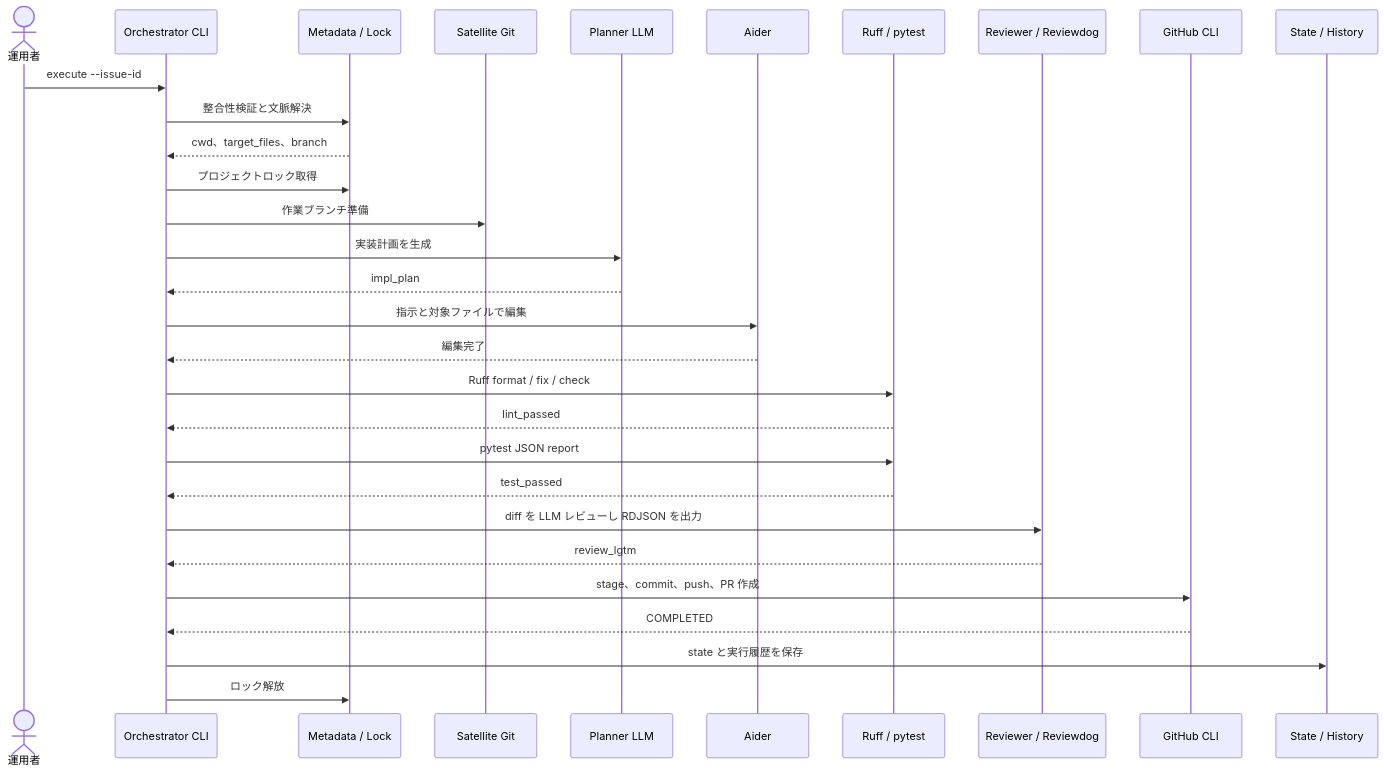
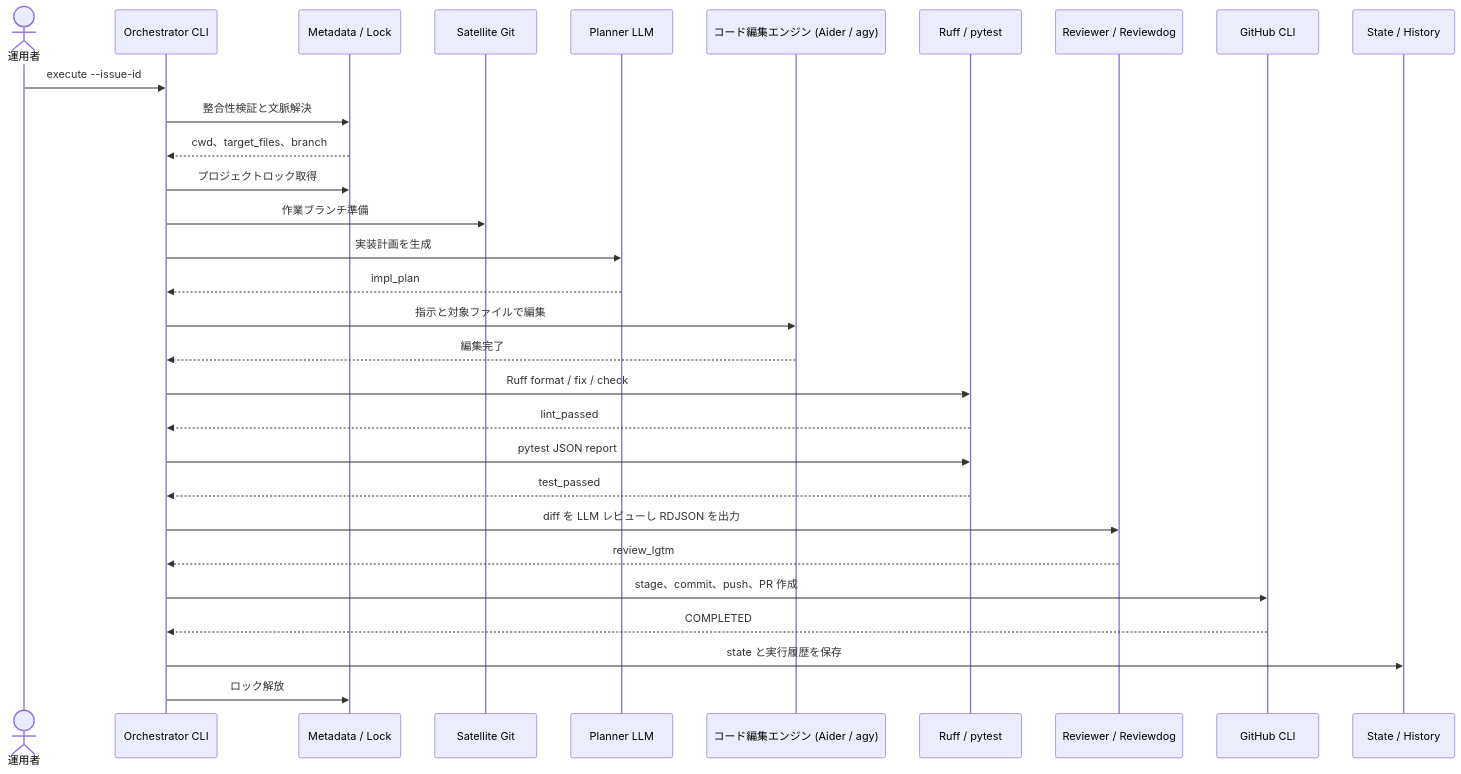
Before and after one commit to xzyozi/second-brain-graph: the second of 3 diagrams in docs/design/SBOS-DD-003_詳細設計書.md, drawn with Mermaid. The commit also changed other lines of this file and 21 other files, not shown here.

````diff
--- a/docs/design/SBOS-DD-003_詳細設計書.md
+++ b/docs/design/SBOS-DD-003_詳細設計書.md
@@ -134,33 +166,33 @@
 ```mermaid
 sequenceDiagram
     actor Operator as 運用者
     participant CLI as Orchestrator CLI
     participant Meta as Metadata / Lock
     participant Git as Satellite Git
     participant Plan as Planner LLM
-    participant Aider as Aider
+    participant Aider as コード編集エンジン (Aider / agy)
     participant Quality as Ruff / pytest
     participant Review as Reviewer / Reviewdog
     participant PR as GitHub CLI
     participant Audit as State / History
 
     Operator->>CLI: execute --issue-id
     CLI->>Meta: 整合性検証と文脈解決
     Meta-->>CLI: cwd、target_files、branch
     CLI->>Meta: プロジェクトロック取得
     CLI->>Git: 作業ブランチ準備
     CLI->>Plan: 実装計画を生成
     Plan-->>CLI: impl_plan
     CLI->>Aider: 指示と対象ファイルで編集
     Aider-->>CLI: 編集完了
     CLI->>Quality: Ruff format / fix / check
     Quality-->>CLI: lint_passed
     CLI->>Quality: pytest JSON report
     Quality-->>CLI: test_passed
     CLI->>Review: diff を LLM レビューし RDJSON を出力
     Review-->>CLI: review_lgtm
     CLI->>PR: stage、commit、push、PR 作成
     PR-->>CLI: COMPLETED
     CLI->>Audit: state と実行履歴を保存
     CLI->>Meta: ロック解放
 ```
````
